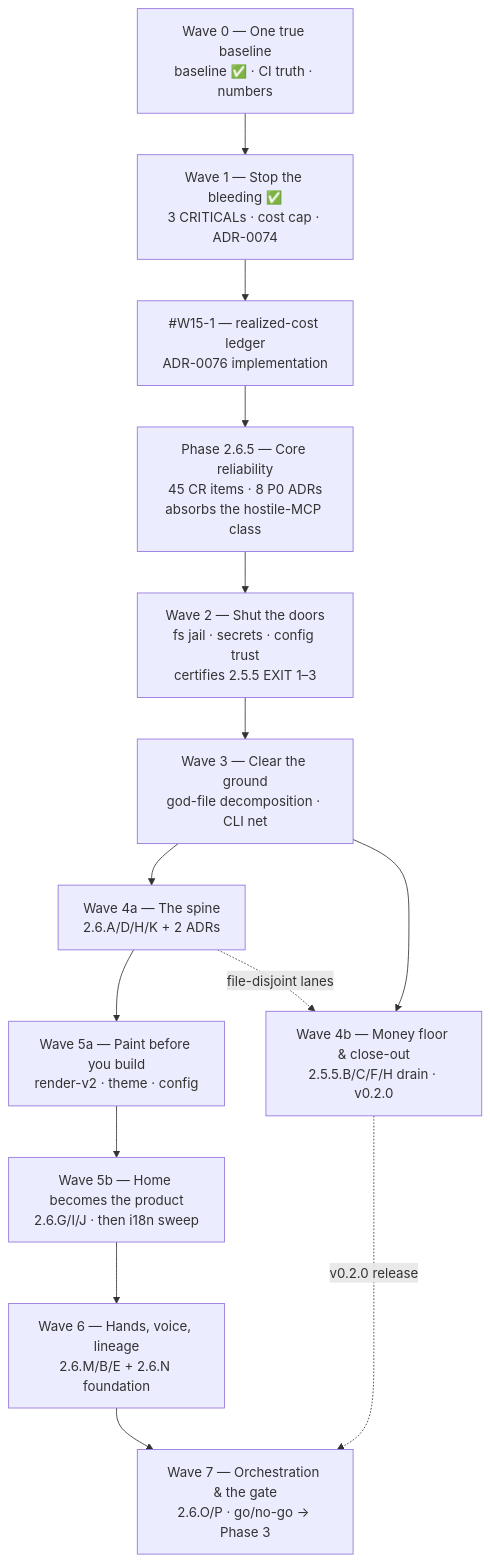
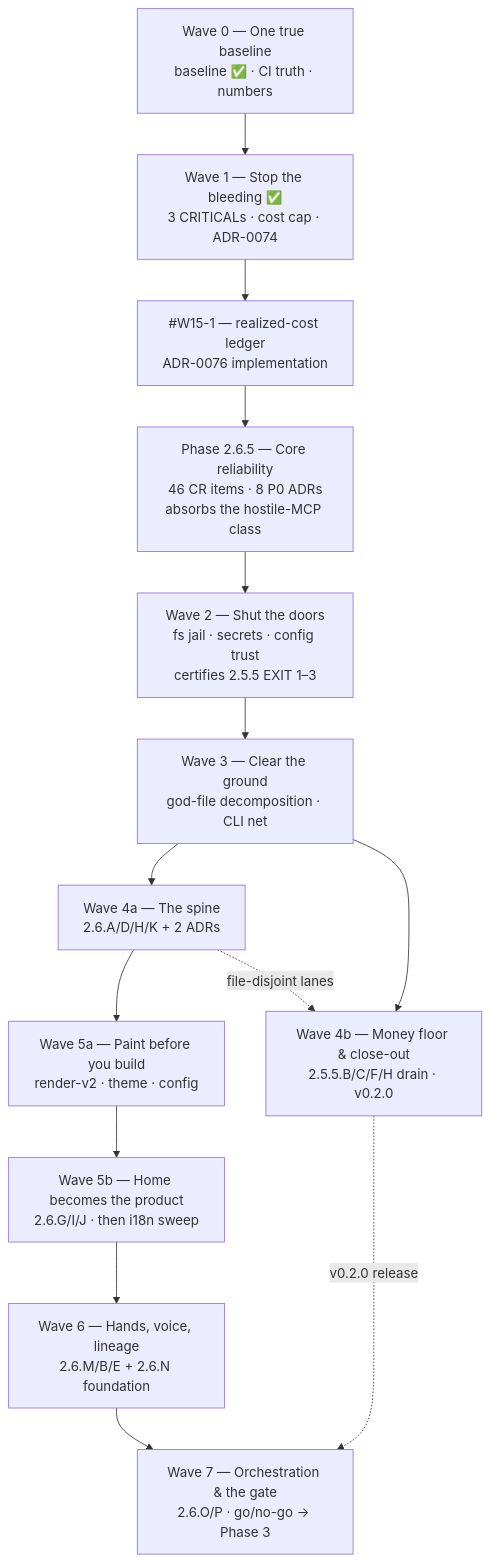
One commit to HodeTech/Relavium changed the diagram in docs/roadmap/current.md. Above: the diagram before and after it, drawn with Mermaid. The commit also changed other lines of this file and 10 other files, not shown here.

````diff
--- a/docs/roadmap/current.md
+++ b/docs/roadmap/current.md
@@ -88,19 +88,19 @@
 ```mermaid
 flowchart TD
     W0["Wave 0 — One true baseline<br/>baseline ✅ · CI truth · numbers"]
     W1["Wave 1 — Stop the bleeding ✅<br/>3 CRITICALs · cost cap · ADR-0074"]
     LEDGER["#W15-1 — realized-cost ledger<br/>ADR-0076 implementation"]
-    P265["Phase 2.6.5 — Core reliability<br/>45 CR items · 8 P0 ADRs<br/>absorbs the hostile-MCP class"]
+    P265["Phase 2.6.5 — Core reliability<br/>46 CR items · 8 P0 ADRs<br/>absorbs the hostile-MCP class"]
     W2["Wave 2 — Shut the doors<br/>fs jail · secrets · config trust<br/>certifies 2.5.5 EXIT 1–3"]
     W3["Wave 3 — Clear the ground<br/>god-file decomposition · CLI net"]
     W4a["Wave 4a — The spine<br/>2.6.A/D/H/K + 2 ADRs"]
     W4b["Wave 4b — Money floor & close-out<br/>2.5.5.B/C/F/H drain · v0.2.0"]
     W5a["Wave 5a — Paint before you build<br/>render-v2 · theme · config"]
     W5b["Wave 5b — Home becomes the product<br/>2.6.G/I/J · then i18n sweep"]
     W6["Wave 6 — Hands, voice, lineage<br/>2.6.M/B/E + 2.6.N foundation"]
     W7["Wave 7 — Orchestration & the gate<br/>2.6.O/P · go/no-go → Phase 3"]
     W0 --> W1 --> LEDGER --> P265 --> W2 --> W3 --> W4a --> W5a --> W5b --> W6 --> W7
     W3 --> W4b
     W4b -.->|v0.2.0 release| W7
     W4a -.->|file-disjoint lanes| W4b
 ```
````
